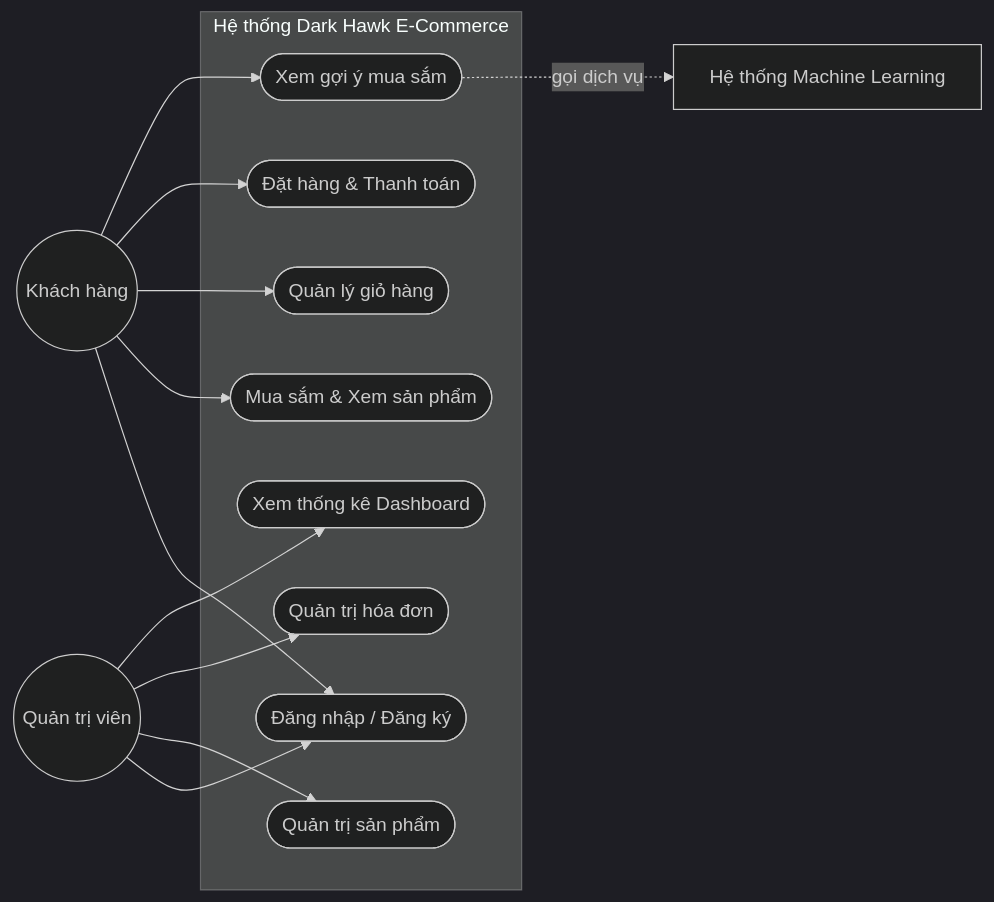
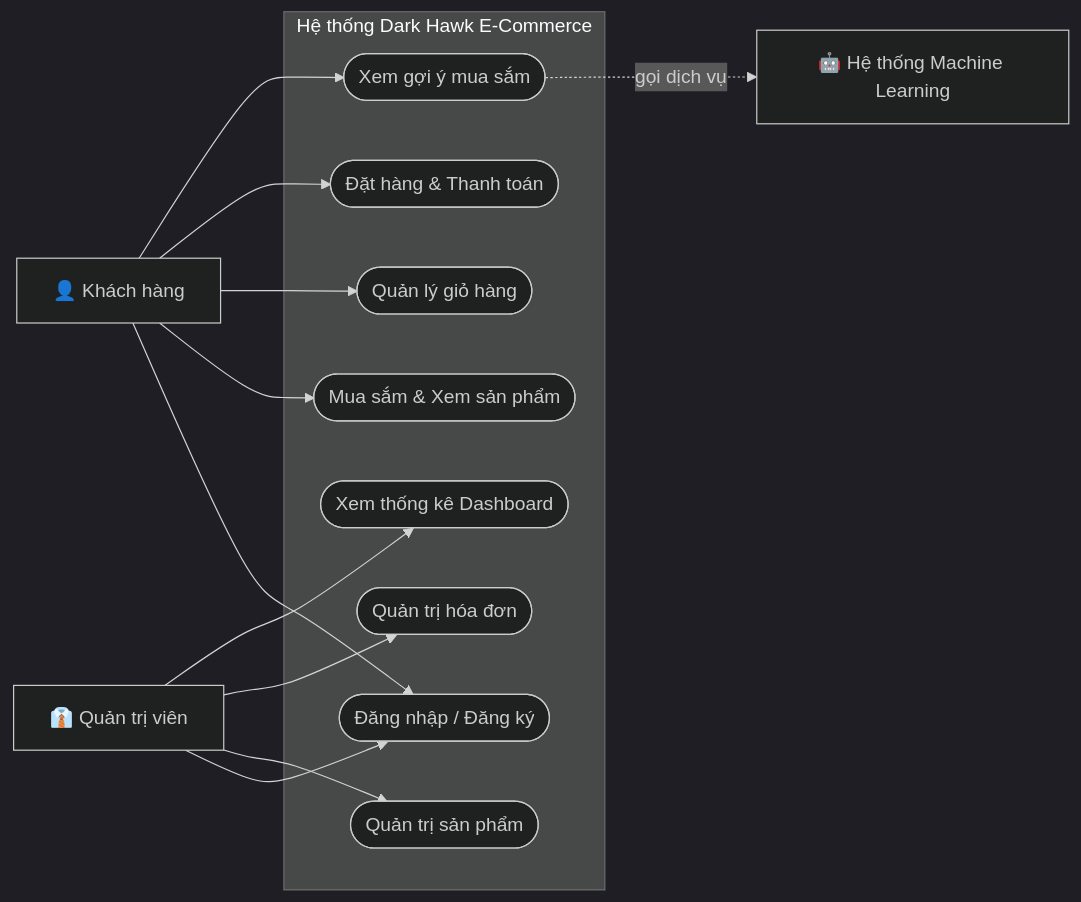
The first of 8 diagrams in BaoCaoNhom_PTTKHT.md (TrDieux18/eCommerce-react_dark), drawn with Mermaid (dark theme) before and after one commit. The commit also changed other lines of this file, not shown here.

````diff
--- a/BaoCaoNhom_PTTKHT.md
+++ b/BaoCaoNhom_PTTKHT.md
@@ -72,34 +72,34 @@
 ```mermaid
 flowchart LR
   %% Actors
-  Client((Khách hàng))
-  Admin((Quản trị viên))
-  ML[Hệ thống Machine Learning]
+  Client["👤 Khách hàng"]
+  Admin["👔 Quản trị viên"]
+  ML["🤖 Hệ thống Machine Learning"]
 
   %% System Boundary
   subgraph System["Hệ thống Dark Hawk E-Commerce"]
     UC_Auth(["Đăng nhập / Đăng ký"])
     UC_Shop(["Mua sắm & Xem sản phẩm"])
     UC_Cart(["Quản lý giỏ hàng"])
     UC_Checkout(["Đặt hàng & Thanh toán"])
     UC_Recommend(["Xem gợi ý mua sắm"])
     
     UC_AdminProd(["Quản trị sản phẩm"])
     UC_AdminInv(["Quản trị hóa đơn"])
     UC_Dashboard(["Xem thống kê Dashboard"])
   end
 
   %% Relationships
   Client --> UC_Auth
   Client --> UC_Shop
   Client --> UC_Cart
   Client --> UC_Checkout
   Client --> UC_Recommend
 
   Admin --> UC_Auth
   Admin --> UC_AdminProd
   Admin --> UC_AdminInv
   Admin --> UC_Dashboard
 
   UC_Recommend -.->|gọi dịch vụ| ML
 ```
````
